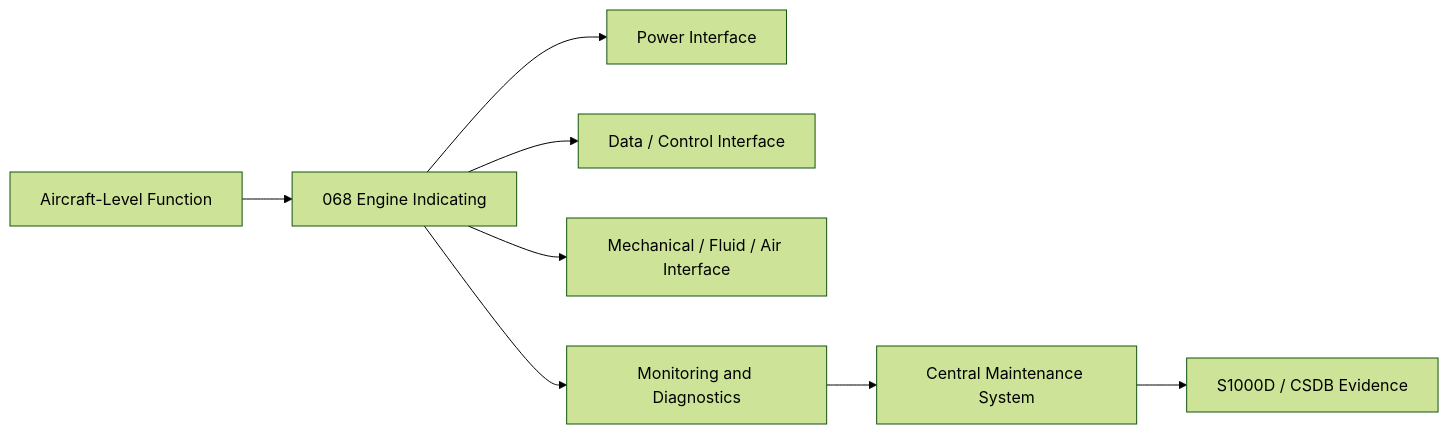
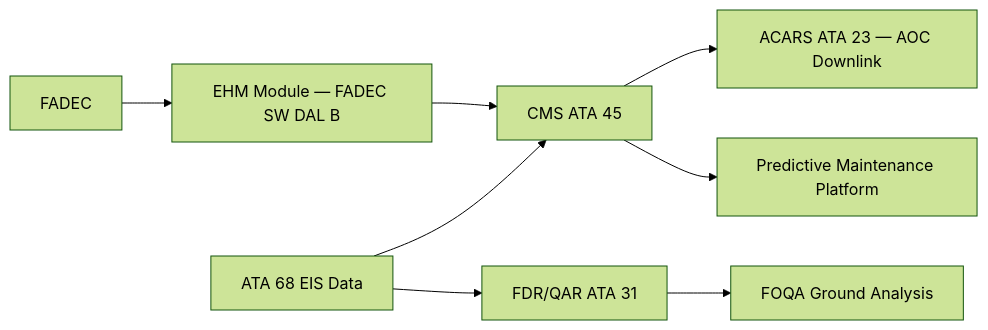
Before and after one commit to AmedeoPelliccia/Qplus-For-All-Queer-People-and-Quantum: the diagram in Q+ATLANTIDE/000-099_ATLAS/060-069_Propulsion-Tradicional/068_Engine-Indicating/068-080-Engine-Indicating-Monitoring-Diagnostics-and-Control-Interfaces.md, drawn with Mermaid (forest theme). The commit also changed other lines of this file and 19 other files, not shown here.

First line of the commit message:
docs: rewrite 068_Engine-Indicating and 069_Exhaust-Oil-Starting — 20 files contextualized for AMPEL360E eWTW

````diff
--- a/Q+ATLANTIDE/000-099_ATLAS/060-069_Propulsion-Tradicional/068_Engine-Indicating/068-080-Engine-Indicating-Monitoring-Diagnostics-and-Control-Interfaces.md
+++ b/Q+ATLANTIDE/000-099_ATLAS/060-069_Propulsion-Tradicional/068_Engine-Indicating/068-080-Engine-Indicating-Monitoring-Diagnostics-and-Control-Interfaces.md
@@ -153,10 +74,10 @@
 ```mermaid
 flowchart LR
-    A[Aircraft-Level Function] --> B[068 Engine Indicating]
-    B --> C[Power Interface]
-    B --> D[Data / Control Interface]
-    B --> E[Mechanical / Fluid / Air Interface]
-    B --> F[Monitoring and Diagnostics]
-    F --> G[Central Maintenance System]
-    G --> H[S1000D / CSDB Evidence]
+    EIS[ATA 68 EIS Data] --> CMS[CMS ATA 45]
+    CMS --> ACARS[ACARS ATA 23 — AOC Downlink]
+    CMS --> PDCMS[Predictive Maintenance Platform]
+    EIS --> FDR[FDR/QAR ATA 31]
+    FDR --> FOQA[FOQA Ground Analysis]
+    FADEC --> EHM[EHM Module — FADEC SW DAL B]
+    EHM --> CMS
 ```
````
